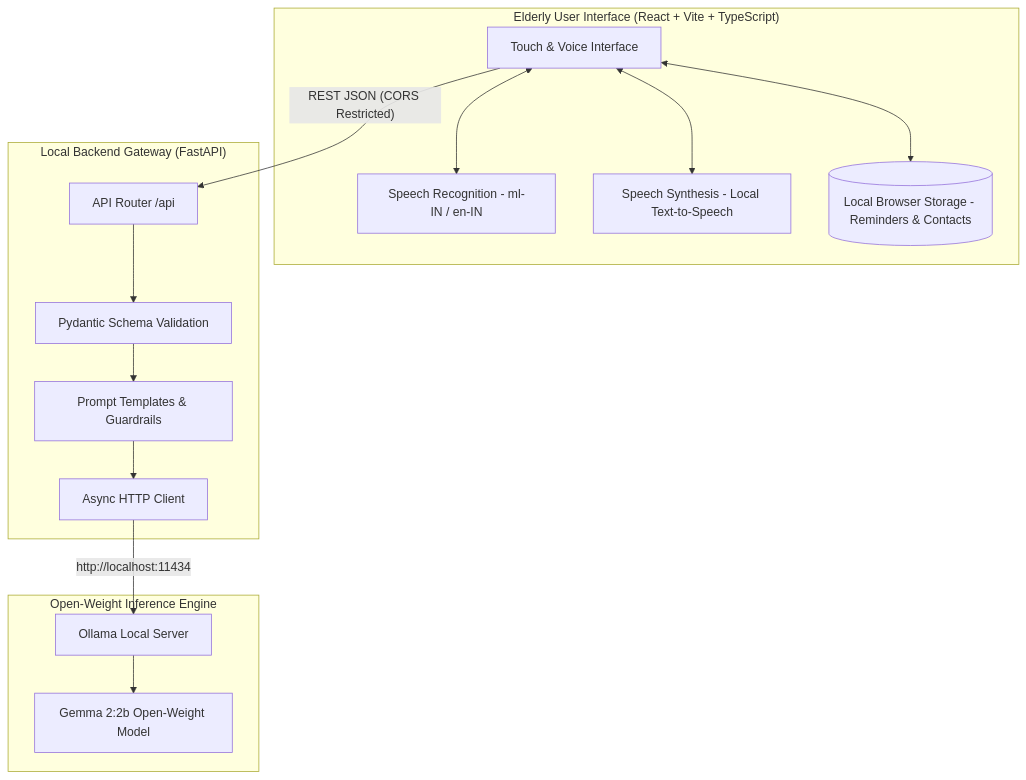
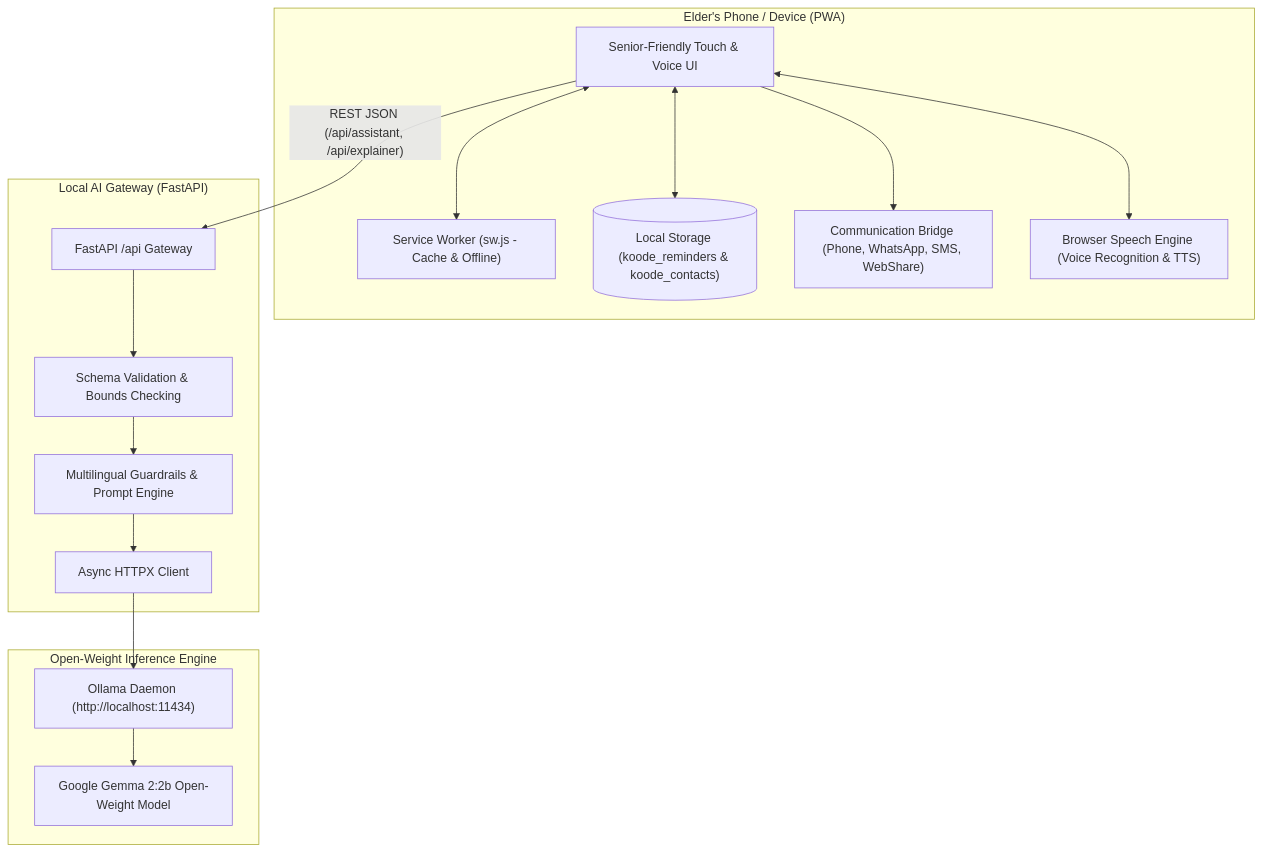
One commit to ISdarsan/Oppam-AI-personal-assistant changed the diagram in README.md. Above: the diagram before and after it, drawn with Mermaid. The commit also changed other lines of this file and 25 other files, not shown here.

Commit message:
feat: rebrand to Koode AI with working Call, WhatsApp, SMS, Emergency SOS, installable PWA, and senior UX

````diff
--- a/README.md
+++ b/README.md
@@ -32,31 +61,33 @@
 ```mermaid
 flowchart TD
-    subgraph Client["Elderly User Interface (React + Vite + TypeScript)"]
-        UI[Touch & Voice Interface]
-        SpeechRec[Speech Recognition - ml-IN / en-IN]
-        TTS[Speech Synthesis - Local Text-to-Speech]
-        Store[(Local Browser Storage - Reminders & Contacts)]
+    subgraph MobileDevice["Elder's Phone / Device (PWA)"]
+        UI["Senior-Friendly Touch & Voice UI"]
+        ServiceWorker["Service Worker (sw.js - Cache & Offline)"]
+        LocalStorage[("Local Storage (koode_reminders & koode_contacts)")]
+        CommBridge["Communication Bridge (Phone, WhatsApp, SMS, WebShare)"]
+        SpeechEngine["Browser Speech Engine (Voice Recognition & TTS)"]
     end
 
-    subgraph Backend["Local Backend Gateway (FastAPI)"]
-        API[API Router /api]
-        SchemaVal[Pydantic Schema Validation]
-        PromptEng[Prompt Templates & Guardrails]
-        OllamaClt[Async HTTP Client]
+    subgraph Backend["Local AI Gateway (FastAPI)"]
+        API["FastAPI /api Gateway"]
+        Pydantic["Schema Validation & Bounds Checking"]
+        PromptEng["Multilingual Guardrails & Prompt Engine"]
+        HTTPX["Async HTTPX Client"]
     end
 
     subgraph OpenWeightAI["Open-Weight Inference Engine"]
-        Ollama[Ollama Local Server]
-        Gemma[Gemma 2:2b Open-Weight Model]
+        Ollama["Ollama Daemon (http://localhost:11434)"]
+        GemmaModel["Google Gemma 2:2b Open-Weight Model"]
     end
 
-    UI <--> SpeechRec
-    UI <--> TTS
-    UI <--> Store
-    UI -- "REST JSON (CORS Restricted)" --> API
-    API --> SchemaVal
-    SchemaVal --> PromptEng
-    PromptEng --> OllamaClt
-    OllamaClt -- "http://localhost:11434" --> Ollama
-    Ollama --> Gemma
+    UI <--> ServiceWorker
+    UI <--> LocalStorage
+    UI --> CommBridge
+    UI <--> SpeechEngine
+    UI -- "REST JSON (/api/assistant, /api/explainer)" --> API
+    API --> Pydantic
+    Pydantic --> PromptEng
+    PromptEng --> HTTPX
+    HTTPX --> Ollama
+    Ollama --> GemmaModel
 ```
````
